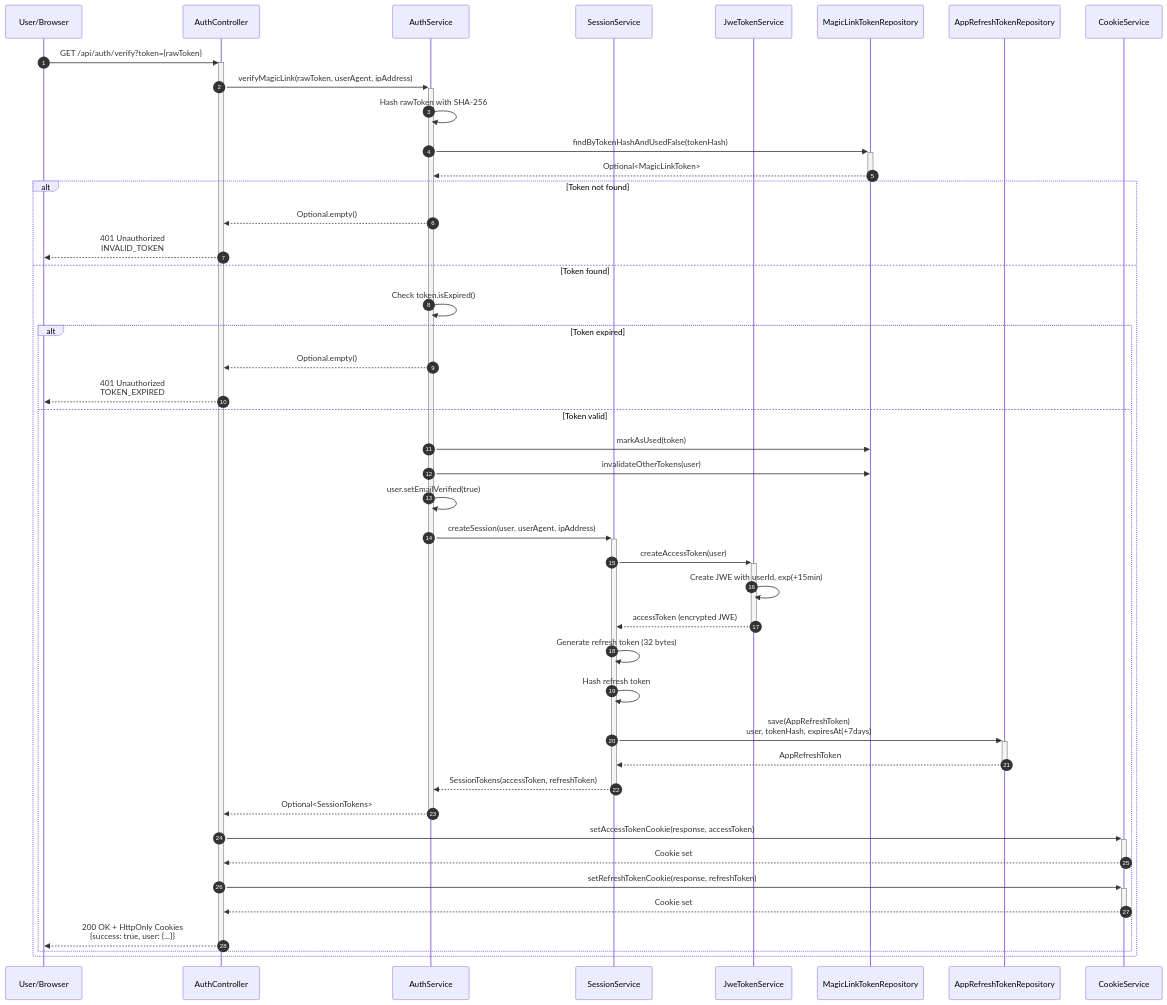
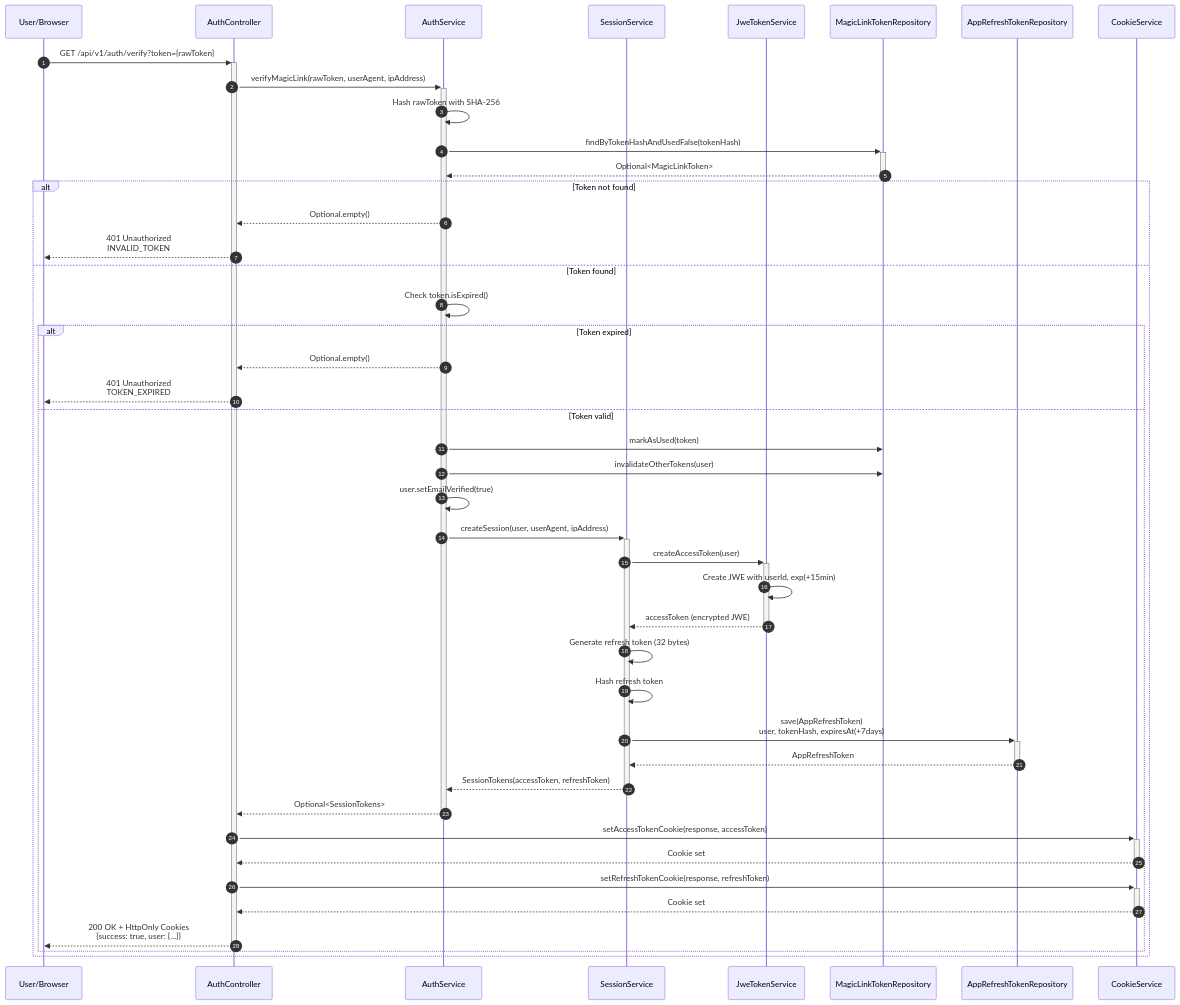
One commit to alexandermfisher/budgeteer changed the third of 10 diagrams in docs/diagrams/user-authentication-flow.md. Above: the diagram before and after it, drawn with Mermaid. The commit also changed other lines of this file and 19 other files, not shown here.

````diff
--- a/docs/diagrams/user-authentication-flow.md
+++ b/docs/diagrams/user-authentication-flow.md
@@ -96,55 +96,55 @@
 ```mermaid
 sequenceDiagram
     autonumber
     participant U as User/Browser
     participant AC as AuthController
     participant AS as AuthService
     participant SS as SessionService
     participant JTS as JweTokenService
     participant MLR as MagicLinkTokenRepository
     participant RTR as AppRefreshTokenRepository
     participant CS as CookieService
 
-    U->>+AC: GET /api/auth/verify?token={rawToken}
+    U->>+AC: GET /api/v1/auth/verify?token={rawToken}
     AC->>+AS: verifyMagicLink(rawToken, userAgent, ipAddress)
     
     AS->>AS: Hash rawToken with SHA-256
     AS->>+MLR: findByTokenHashAndUsedFalse(tokenHash)
     MLR-->>-AS: Optional<MagicLinkToken>
     
     alt Token not found
         AS-->>AC: Optional.empty()
         AC-->>U: 401 Unauthorized<br/>INVALID_TOKEN
     else Token found
         AS->>AS: Check token.isExpired()
         
         alt Token expired
             AS-->>AC: Optional.empty()
             AC-->>U: 401 Unauthorized<br/>TOKEN_EXPIRED
         else Token valid
             AS->>MLR: markAsUsed(token)
             AS->>MLR: invalidateOtherTokens(user)
             AS->>AS: user.setEmailVerified(true)
             
             AS->>+SS: createSession(user, userAgent, ipAddress)
             SS->>+JTS: createAccessToken(user)
             JTS->>JTS: Create JWE with userId, exp(+15min)
             JTS-->>-SS: accessToken (encrypted JWE)
             
             SS->>SS: Generate refresh token (32 bytes)
             SS->>SS: Hash refresh token
             SS->>+RTR: save(AppRefreshToken)<br/>user, tokenHash, expiresAt(+7days)
             RTR-->>-SS: AppRefreshToken
             
             SS-->>-AS: SessionTokens(accessToken, refreshToken)
             AS-->>-AC: Optional<SessionTokens>
             
             AC->>+CS: setAccessTokenCookie(response, accessToken)
             CS-->>-AC: Cookie set
             AC->>+CS: setRefreshTokenCookie(response, refreshToken)
             CS-->>-AC: Cookie set
             
             AC-->>-U: 200 OK + HttpOnly Cookies<br/>{success: true, user: {...}}
         end
     end
 ```
````
